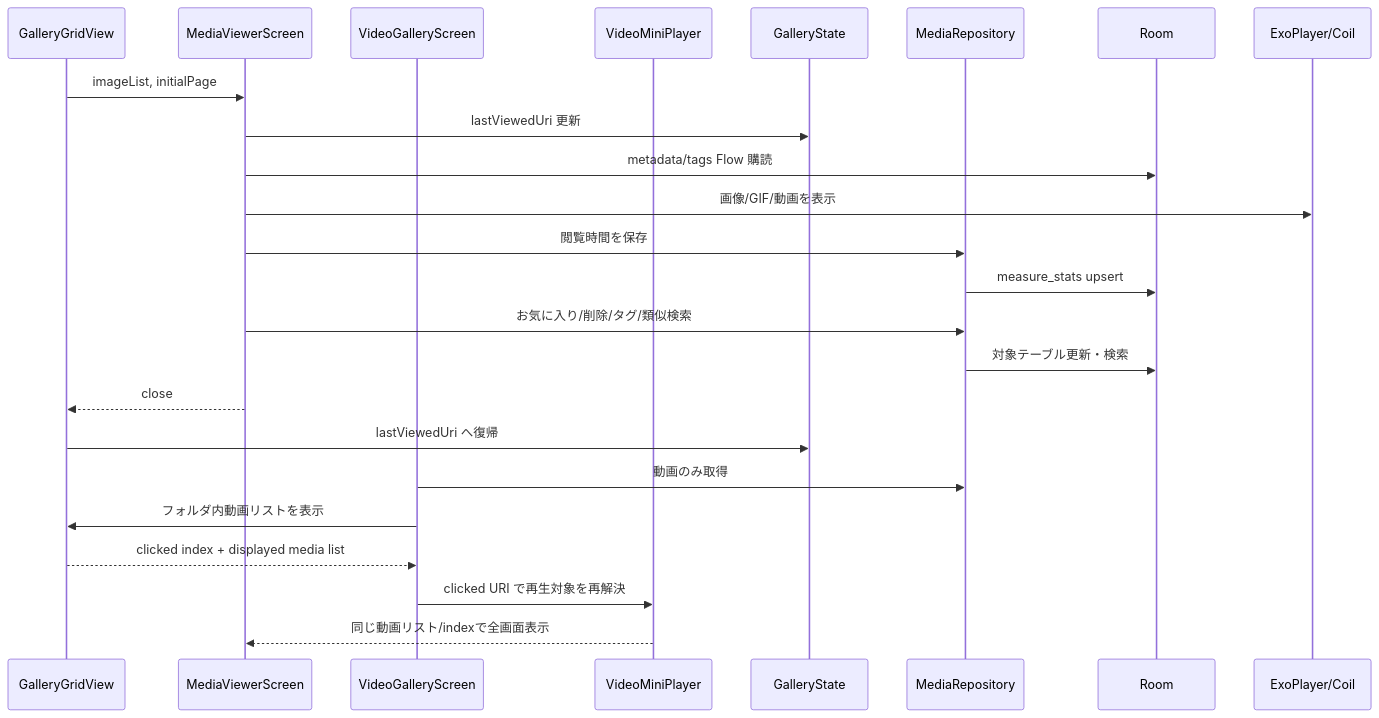
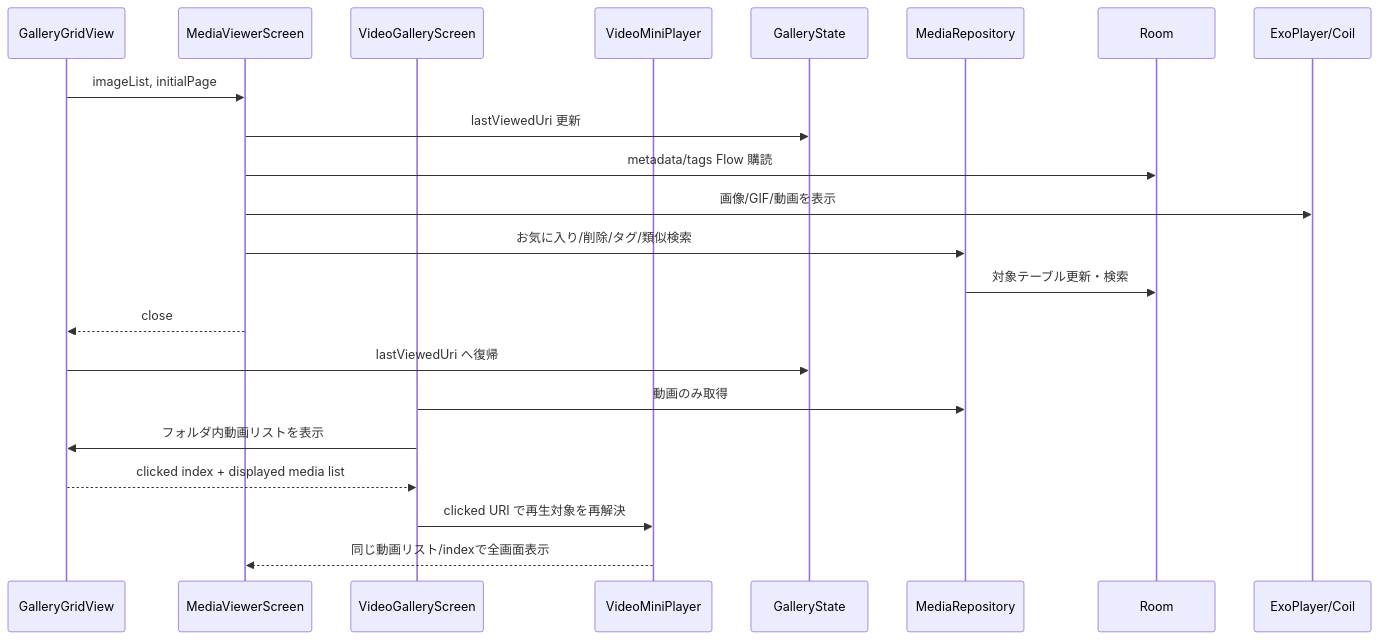
Before and after one commit to Ksan1333/Gallery: the fourth of 4 diagrams in docs/detail_design/02_media_viewer.md, drawn with Mermaid. The commit also changed other lines of this file and 46 other files, not shown here.

````diff
--- a/docs/detail_design/02_media_viewer.md
+++ b/docs/detail_design/02_media_viewer.md
@@ -164,27 +154,25 @@
 ```mermaid
 sequenceDiagram
     participant Grid as GalleryGridView
     participant Viewer as MediaViewerScreen
     participant VideoScreen as VideoGalleryScreen
     participant MiniPlayer as VideoMiniPlayer
     participant State as GalleryState
     participant Repo as MediaRepository
     participant DB as Room
     participant Player as ExoPlayer/Coil
 
     Grid->>Viewer: imageList, initialPage
     Viewer->>State: lastViewedUri 更新
     Viewer->>DB: metadata/tags Flow 購読
     Viewer->>Player: 画像/GIF/動画を表示
-    Viewer->>Repo: 閲覧時間を保存
-    Repo->>DB: measure_stats upsert
     Viewer->>Repo: お気に入り/削除/タグ/類似検索
     Repo->>DB: 対象テーブル更新・検索
     Viewer-->>Grid: close
     Grid->>State: lastViewedUri へ復帰
     VideoScreen->>Repo: 動画のみ取得
     VideoScreen->>Grid: フォルダ内動画リストを表示
     Grid-->>VideoScreen: clicked index + displayed media list
     VideoScreen->>MiniPlayer: clicked URI で再生対象を再解決
     MiniPlayer-->>Viewer: 同じ動画リスト/indexで全画面表示
 ```
````
